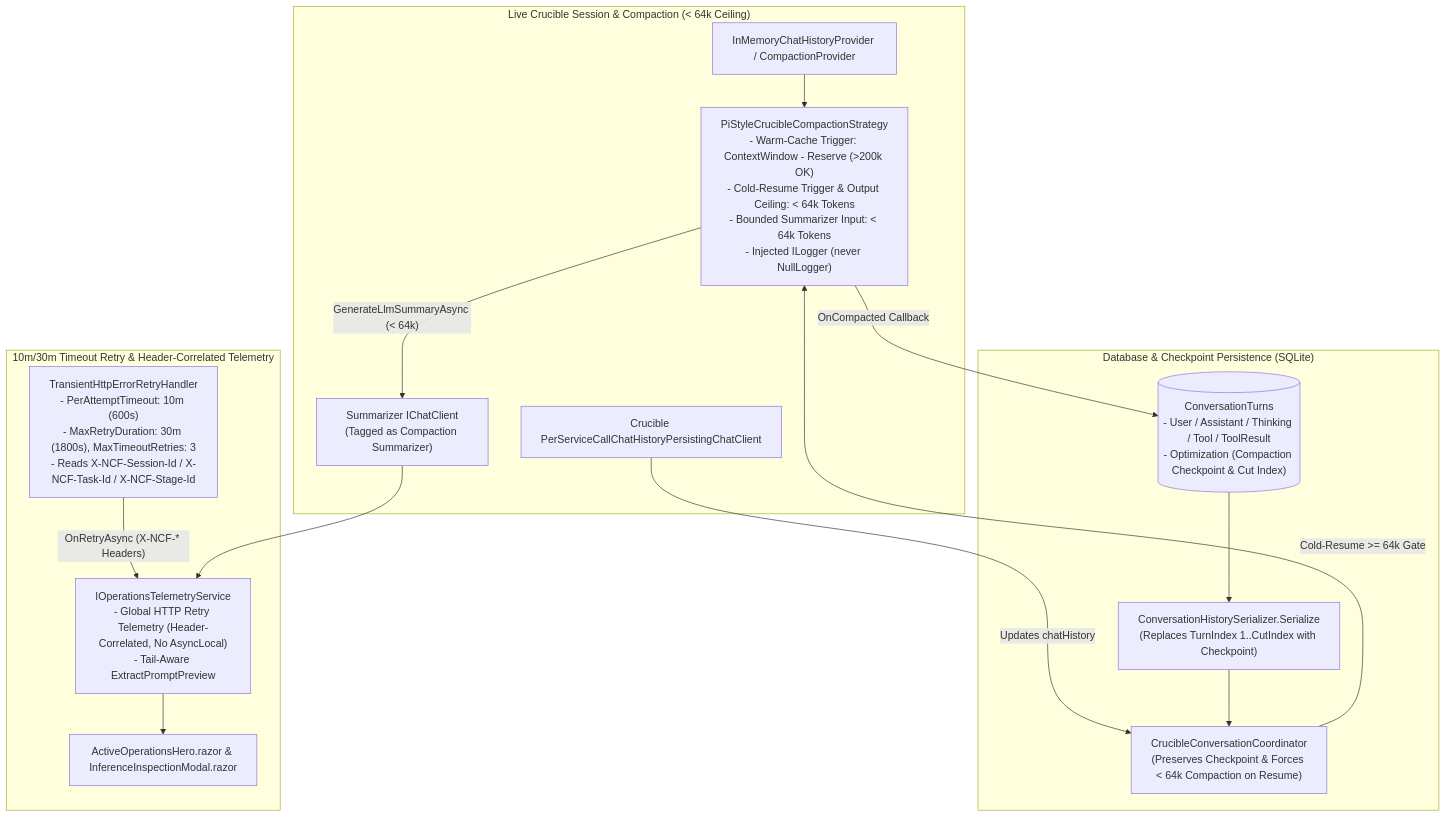
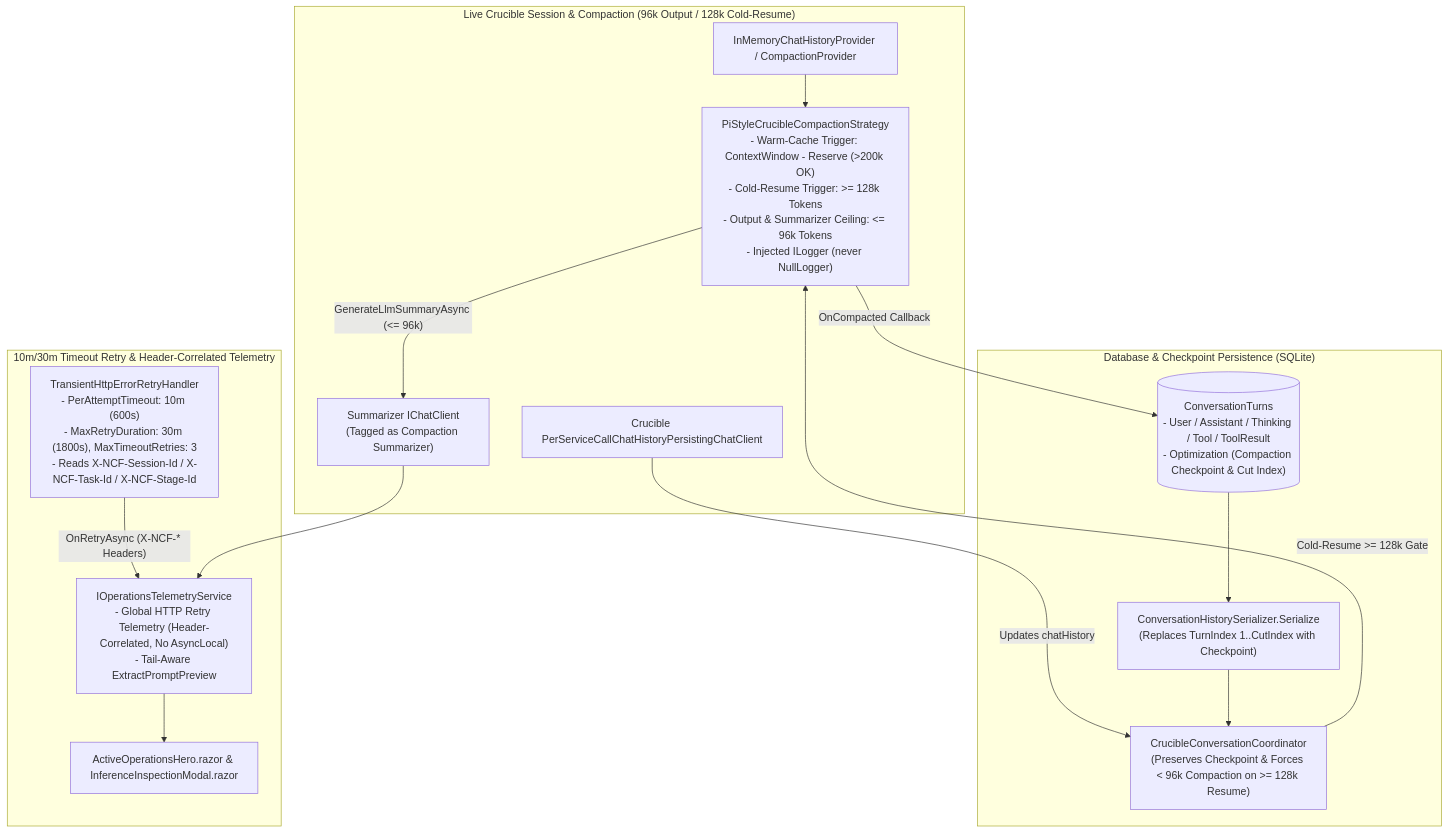
Before and after one commit to jetelain/NightCodeForge: the diagram in docs/archive/phase-11/STEP_11_47_COMPACTION_CHECKPOINT_PERSISTENCE_RESUME_FIDELITY_AND_IN_FLIGHT_TELEMETRY.md, drawn with Mermaid. The commit also changed other lines of this file and 19 other files, not shown here.

````diff
--- a/docs/archive/phase-11/STEP_11_47_COMPACTION_CHECKPOINT_PERSISTENCE_RESUME_FIDELITY_AND_IN_FLIGHT_TELEMETRY.md
+++ b/docs/archive/phase-11/STEP_11_47_COMPACTION_CHECKPOINT_PERSISTENCE_RESUME_FIDELITY_AND_IN_FLIGHT_TELEMETRY.md
@@ -37,30 +37,30 @@
 ```mermaid
 flowchart TB
-    subgraph InMemory ["Live Crucible Session & Compaction (< 64k Ceiling)"]
+    subgraph InMemory ["Live Crucible Session & Compaction (96k Output / 128k Cold-Resume)"]
         Reducer["InMemoryChatHistoryProvider / CompactionProvider"]
-        Strategy["PiStyleCrucibleCompactionStrategy<br/>- Warm-Cache Trigger: ContextWindow - Reserve (>200k OK)<br/>- Cold-Resume Trigger &amp; Output Ceiling: &lt; 64k Tokens<br/>- Bounded Summarizer Input: &lt; 64k Tokens<br/>- Injected ILogger (never NullLogger)"]
+        Strategy["PiStyleCrucibleCompactionStrategy<br/>- Warm-Cache Trigger: ContextWindow - Reserve (>200k OK)<br/>- Cold-Resume Trigger: &gt;= 128k Tokens<br/>- Output &amp; Summarizer Ceiling: &lt;= 96k Tokens<br/>- Injected ILogger (never NullLogger)"]
         Summarizer["Summarizer IChatClient<br/>(Tagged as Compaction Summarizer)"]
         Persister["Crucible PerServiceCallChatHistoryPersistingChatClient"]
     end
 
     subgraph Persistence ["Database & Checkpoint Persistence (SQLite)"]
         Turns[("ConversationTurns<br/>- User / Assistant / Thinking / Tool / ToolResult<br/>- Optimization (Compaction Checkpoint &amp; Cut Index)")]
         Serializer["ConversationHistorySerializer.Serialize<br/>(Replaces TurnIndex 1..CutIndex with Checkpoint)"]
-        Coordinator["CrucibleConversationCoordinator<br/>(Preserves Checkpoint &amp; Forces &lt; 64k Compaction on Resume)"]
+        Coordinator["CrucibleConversationCoordinator<br/>(Preserves Checkpoint &amp; Forces &lt; 96k Compaction on &gt;= 128k Resume)"]
     end
 
     subgraph Telemetry ["10m/30m Timeout Retry & Header-Correlated Telemetry"]
         RetryHandler["TransientHttpErrorRetryHandler<br/>- PerAttemptTimeout: 10m (600s)<br/>- MaxRetryDuration: 30m (1800s), MaxTimeoutRetries: 3<br/>- Reads X-NCF-Session-Id / X-NCF-Task-Id / X-NCF-Stage-Id"]
         TelService["IOperationsTelemetryService<br/>- Global HTTP Retry Telemetry (Header-Correlated, No AsyncLocal)<br/>- Tail-Aware ExtractPromptPreview"]
         Hero["ActiveOperationsHero.razor &amp; InferenceInspectionModal.razor"]
     end
 
     Reducer --> Strategy
-    Strategy -->|"GenerateLlmSummaryAsync (&lt; 64k)"| Summarizer
+    Strategy -->|"GenerateLlmSummaryAsync (&lt;= 96k)"| Summarizer
     Strategy -->|"OnCompacted Callback"| Turns
     Persister -->|"Updates chatHistory"| Coordinator
     Turns --> Serializer --> Coordinator
-    Coordinator -->|"Cold-Resume &gt;= 64k Gate"| Strategy
+    Coordinator -->|"Cold-Resume &gt;= 128k Gate"| Strategy
     RetryHandler -->|"OnRetryAsync (X-NCF-* Headers)"| TelService --> Hero
     Summarizer --> TelService
 ```
````
